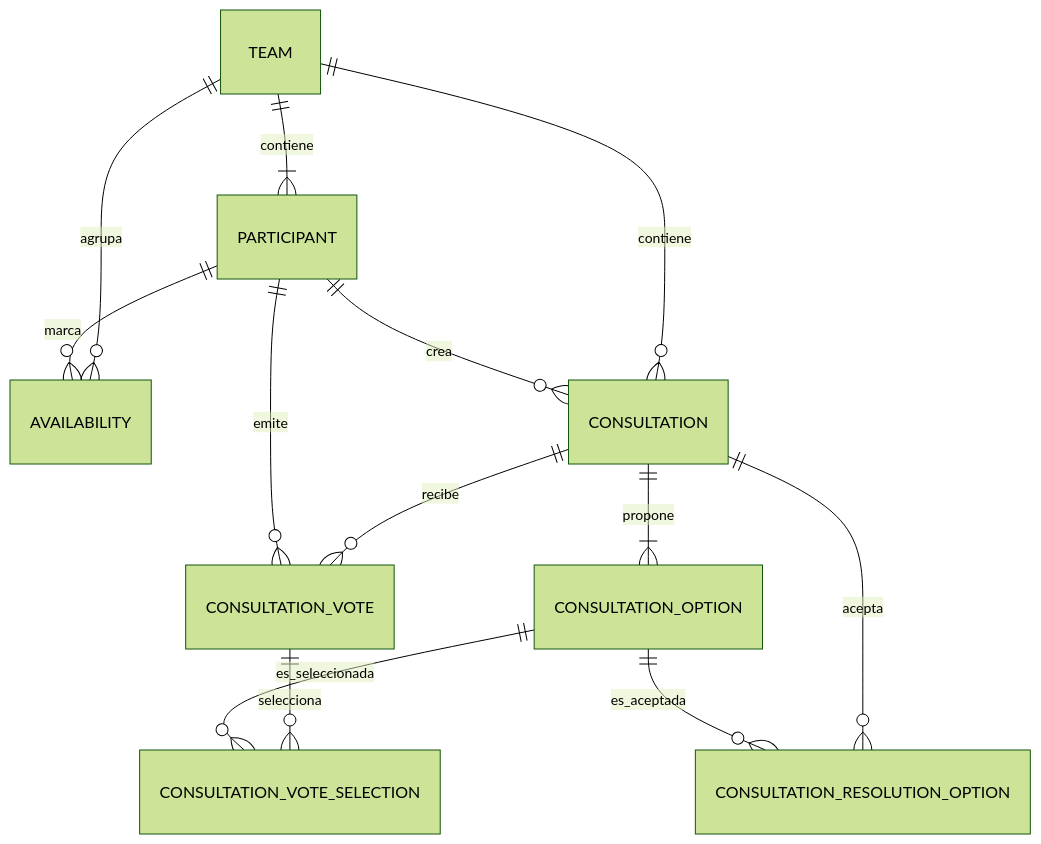
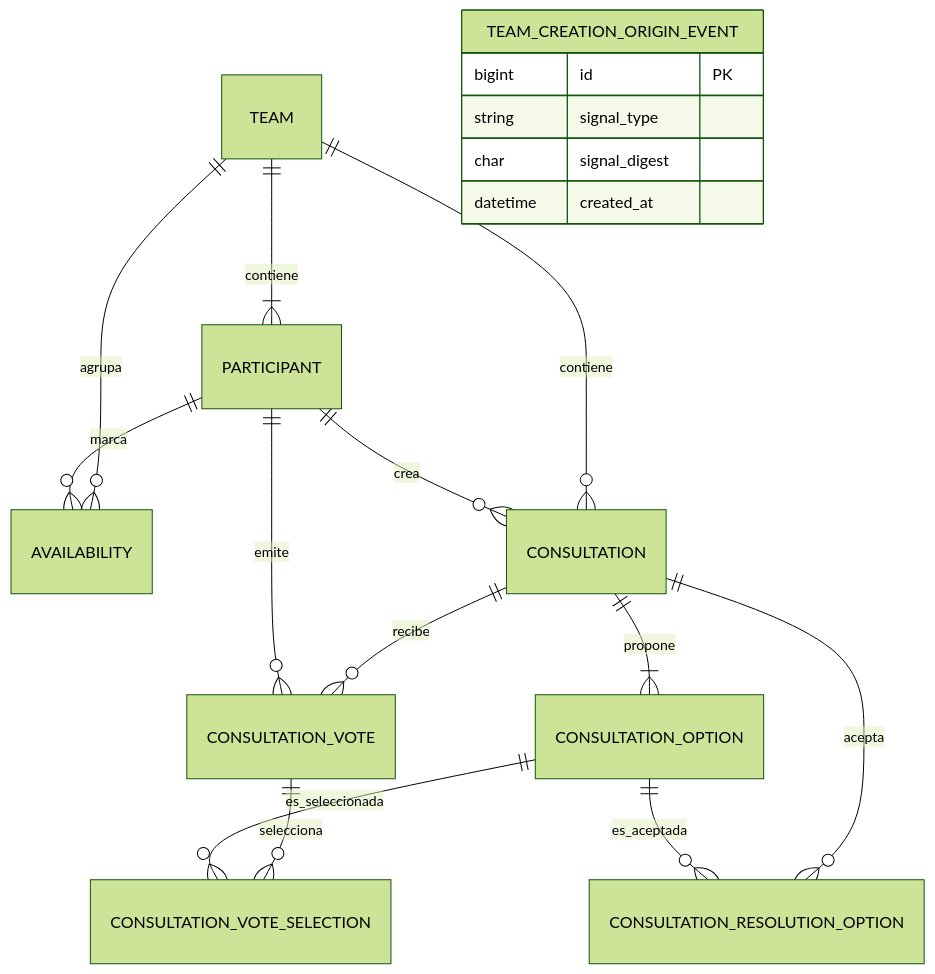
One commit to franciscoferrandez/SynqoApp changed the second of 2 diagrams in doc/architecture/api.md. Above: the diagram before and after it, drawn with Mermaid (forest theme). The commit also changed other lines of this file and 44 other files, not shown here.

````diff
--- a/doc/architecture/api.md
+++ b/doc/architecture/api.md
@@ -42,15 +51,21 @@
 ```mermaid
 erDiagram
     TEAM ||--|{ PARTICIPANT : contiene
     TEAM ||--o{ AVAILABILITY : agrupa
     PARTICIPANT ||--o{ AVAILABILITY : marca
     TEAM ||--o{ CONSULTATION : contiene
     PARTICIPANT ||--o{ CONSULTATION : crea
     CONSULTATION ||--|{ CONSULTATION_OPTION : propone
     CONSULTATION ||--o{ CONSULTATION_VOTE : recibe
     PARTICIPANT ||--o{ CONSULTATION_VOTE : emite
     CONSULTATION_VOTE ||--o{ CONSULTATION_VOTE_SELECTION : selecciona
     CONSULTATION_OPTION ||--o{ CONSULTATION_VOTE_SELECTION : es_seleccionada
     CONSULTATION ||--o{ CONSULTATION_RESOLUTION_OPTION : acepta
     CONSULTATION_OPTION ||--o{ CONSULTATION_RESOLUTION_OPTION : es_aceptada
+    TEAM_CREATION_ORIGIN_EVENT {
+        bigint id PK
+        string signal_type
+        char signal_digest
+        datetime created_at
+    }
 ```
````
